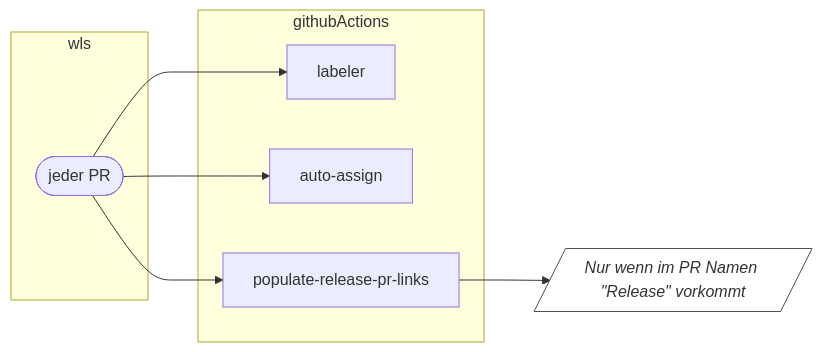
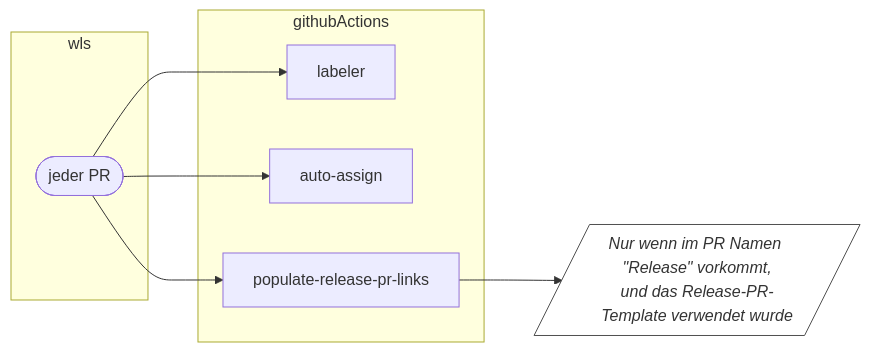
Before and after one commit to it-at-m/Wahllokalsystem: the second of 12 diagrams in docs/src/technik/ecosystem/workflowsAndArtifacts/relations.md, drawn with Mermaid.

Commit message:
#2970 :memo: update note

````diff
--- a/docs/src/technik/ecosystem/workflowsAndArtifacts/relations.md
+++ b/docs/src/technik/ecosystem/workflowsAndArtifacts/relations.md
@@ -20,19 +20,19 @@
 ```mermaid
 flowchart LR
     subgraph wls
         anyPR([jeder PR])
     end
 
     subgraph githubActions
        labeler 
        auto-assign
        populate-release-pr-links
     end
     anyPR --> labeler
     anyPR --> auto-assign
     anyPR --> populate-release-pr-links
-    populate-release-pr-links --> note[/Nur wenn im PR Namen "Release" vorkommt/] 
+    populate-release-pr-links --> note[/Nur wenn im PR Namen "Release" vorkommt,<br/>und das Release-PR-Template verwendet wurde/] 
     
     classDef text fill:#ffffff,font-style:italic,stroke:#4f4f4f
     class note text
 ```
````
